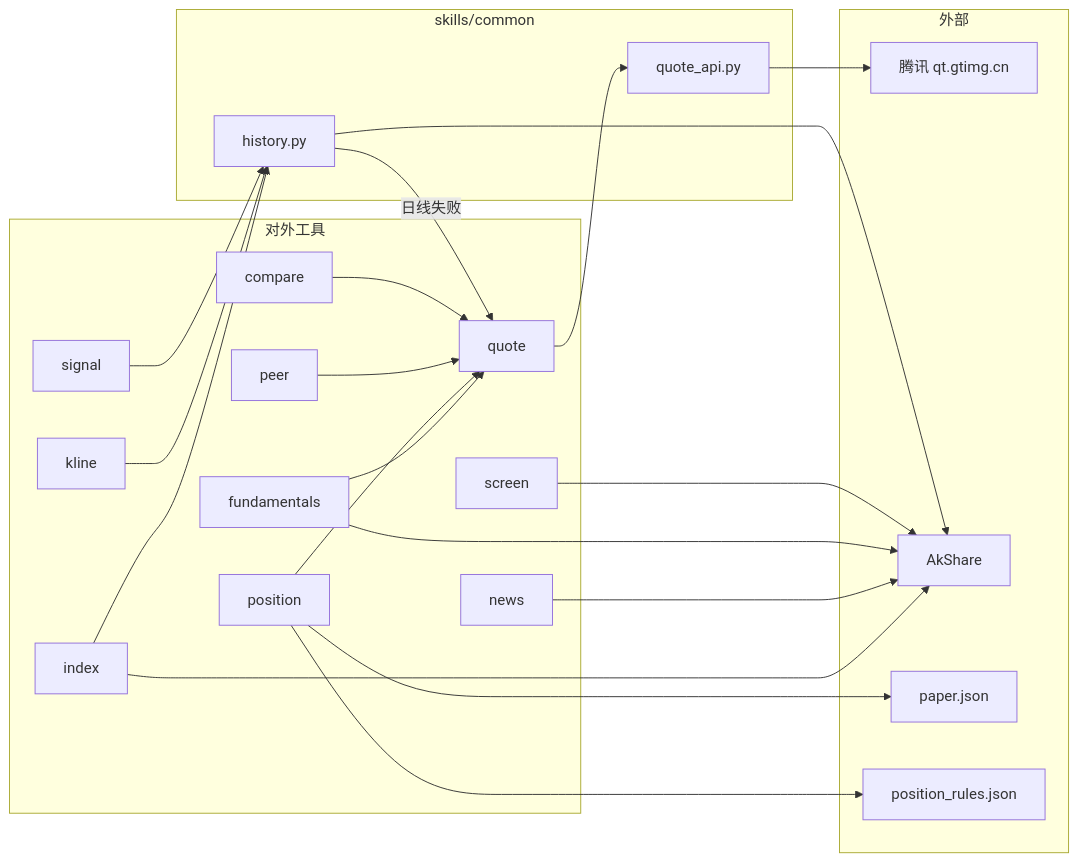
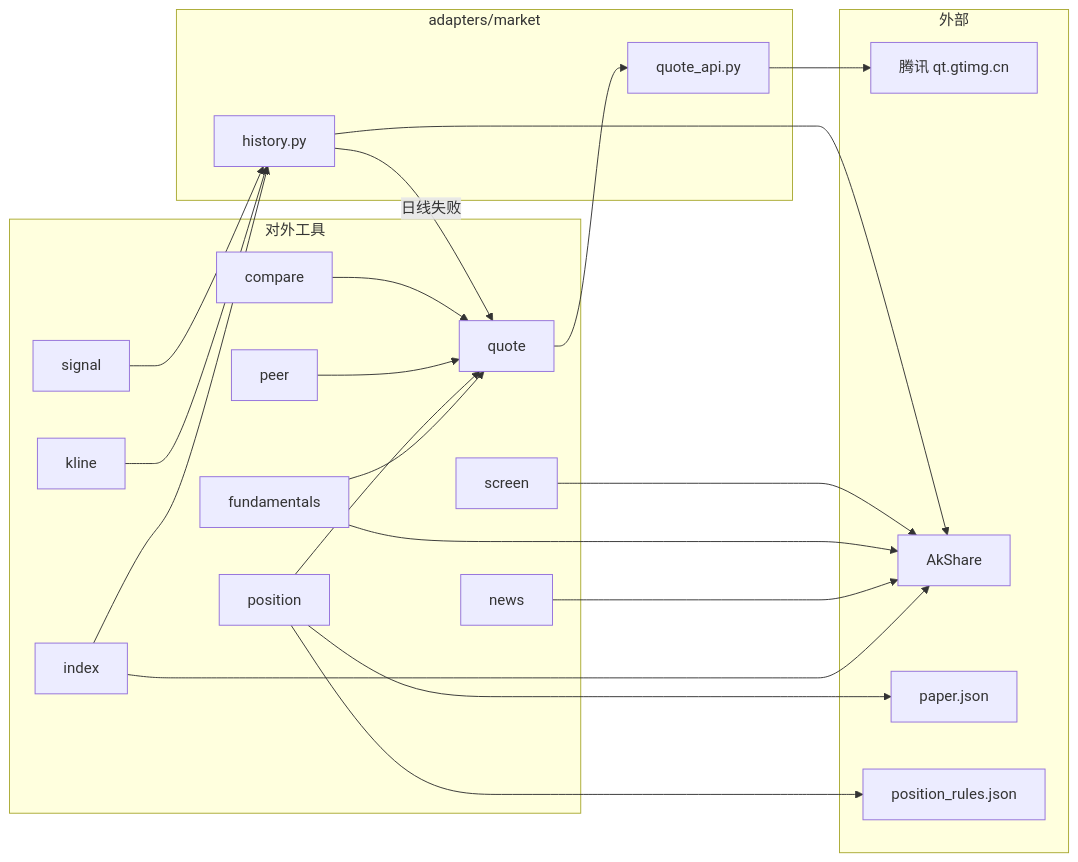
One commit to KaimingGao/workspace_gaokm changed the seventh of 16 diagrams in investment/docs/architecture.md. Above: the diagram before and after it, drawn with Mermaid. The commit also changed other lines of this file and 113 other files, not shown here.

First line of the commit message:
refactor: 将出站 I/O 从 skills 抽到 adapters，并由 ports.registry 注入

````diff
--- a/investment/docs/architecture.md
+++ b/investment/docs/architecture.md
@@ -417,44 +417,44 @@
 ```mermaid
 flowchart LR
   subgraph exposed [对外工具]
     quote
     compare
     screen
     signal
     kline
     fundamentals
     peer
     index
     news
     position
   end
 
-  subgraph shared [skills/common]
+  subgraph shared [adapters/market]
     hist[history.py]
     api[quote_api.py]
   end
 
   subgraph external [外部]
     tencent[腾讯 qt.gtimg.cn]
     ak[AkShare]
     pj[paper.json]
     rules[position_rules.json]
   end
 
   compare --> quote
   peer --> quote
   position --> quote
   fundamentals --> quote
   signal --> hist
   kline --> hist
   index --> hist
   hist -->|日线失败| quote
   hist --> ak
   quote --> api --> tencent
   screen --> ak
   fundamentals --> ak
   news --> ak
   index --> ak
   position --> pj
   position --> rules
 ```
````
